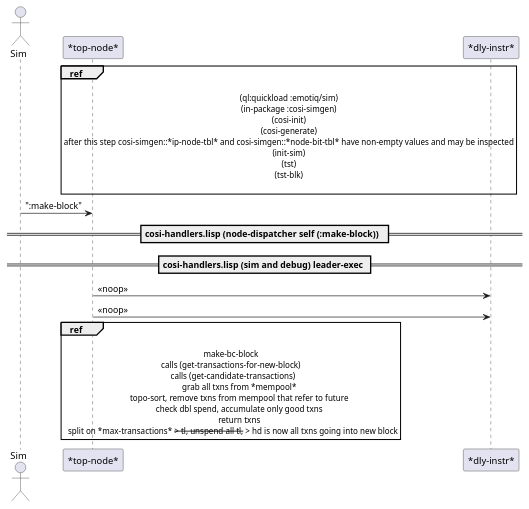
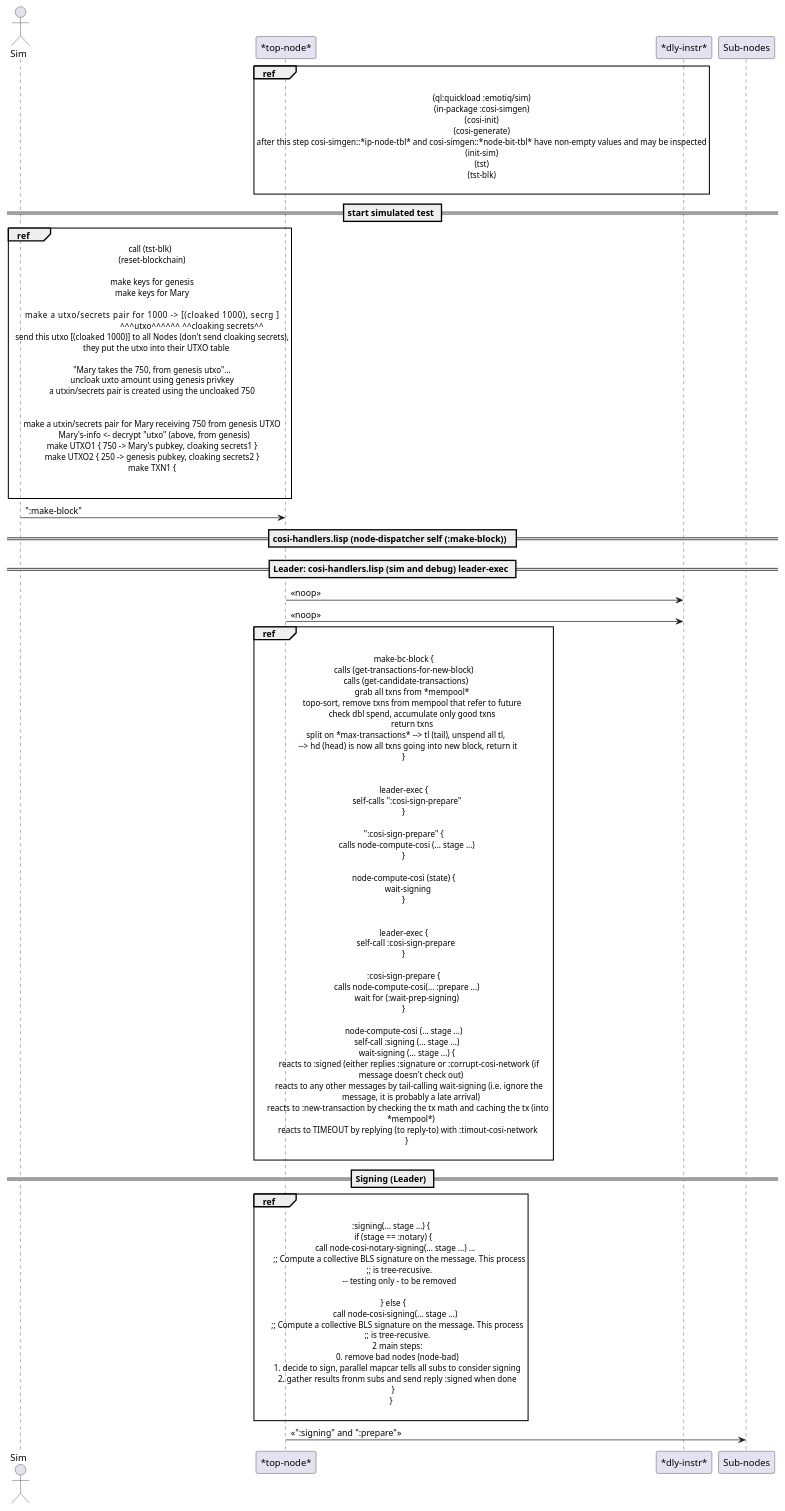
Before and after one commit to emotiq/emotiq: the diagram in src/tst-blk-seq.pu, drawn with PlantUML. The commit also changed other lines of this file and 9 other files, not shown here.

Commit message:
cli working alongside tst-blk

```diff
--- a/src/tst-blk-seq.pu
+++ b/src/tst-blk-seq.pu
@@ -1,35 +1,130 @@
 @startuml
 
 Actor Sim
 
 ref over "*top-node*"
 
 (ql:quickload :emotiq/sim)
 (in-package :cosi-simgen)
 (cosi-init)
 (cosi-generate)
 after this step cosi-simgen::*ip-node-tbl* and cosi-simgen::*node-bit-tbl* have non-empty values and may be inspected
 (init-sim)
 (tst)
 (tst-blk)
 
 end ref
 
+== start simulated test ==
+
+ref over Sim
+  call (tst-blk)
+    (reset-blockchain)
+
+    make keys for genesis
+    make keys for Mary
+    
+    make a utxo/secrets pair for 1000 -> [(cloaked 1000), secrg               ]
+                                          ^^^utxo^^^^^^   ^^cloaking secrets^^
+    send this utxo [(cloaked 1000)] to all Nodes (don't send cloaking secrets),
+        they put the utxo into their UTXO table
+
+    "Mary takes the 750, from genesis utxo"...
+    uncloak uxto amount using genesis privkey
+    a utxin/secrets pair is created using the uncloaked 750
+    
+
+    make a utxin/secrets pair for Mary receiving 750 from genesis UTXO
+      Mary's-info <- decrypt "utxo" (above, from genesis)
+    make UTXO1 { 750 -> Mary's pubkey, cloaking secrets1 }
+    make UTXO2 { 250 -> genesis pubkey, cloaking secrets2 }
+    make TXN1 {
+
+    
+end ref
+
+
 Sim -> "*top-node*" : ":make-block"
 == cosi-handlers.lisp (node-dispatcher self (:make-block))  ==
-== cosi-handlers.lisp (sim and debug) leader-exec ==
+
+== Leader: cosi-handlers.lisp (sim and debug) leader-exec ==
+
 "*top-node*" -> "*dly-instr*" : << noop >>
 "*top-node*" -> "*dly-instr*" : << noop >>
+
 ref over "*top-node*"
 
-make-bc-block
+make-bc-block {
 calls (get-transactions-for-new-block)
   calls (get-candidate-transactions)
         grab all txns from *mempool*
 	topo-sort, remove txns from mempool that refer to future
 	check dbl spend, accumulate only good txns
 	return txns
-  split on *max-transactions* --> tl, unspend all tl, --> hd is now all txns going into new block
+  split on *max-transactions* --> tl (tail), unspend all tl,
+    --> hd (head) is now all txns going into new block, return it
+}
+
+
+leader-exec {
+   self-calls ":cosi-sign-prepare"
+}
+
+":cosi-sign-prepare" {
+   calls node-compute-cosi (... stage ...)
+}
+
+node-compute-cosi (state) {
+    wait-signing
+}
+
+
+leader-exec {
+  self-call :cosi-sign-prepare
+}
+
+:cosi-sign-prepare {
+   calls node-compute-cosi(... :prepare ...)
+   wait for (:wait-prep-signing)
+}
+
+node-compute-cosi (... stage ...)
+   self-call :signing (... stage ...)
+   wait-signing (... stage ...) {
+     reacts to :signed (either replies :signature or :corrupt-cosi-network (if
+       message doesn't check out)
+     reacts to any other messages by tail-calling wait-signing (i.e. ignore the
+       message, it is probably a late arrival)
+     reacts to :new-transaction by checking the tx math and caching the tx (into 
+       *mempool*)
+     reacts to TIMEOUT by replying (to reply-to) with :timout-cosi-network 
+   }
+
 end ref
 
+== Signing (Leader) ==
+
+ref over "*top-node*"
+
+:signing(... stage ...) {
+  if (stage == :notary) {
+    call node-cosi-notary-signing(... stage ...) ...
+        ;; Compute a collective BLS signature on the message. This process
+        ;; is tree-recusive.
+	-- testing only - to be removed
+
+  } else {
+    call node-cosi-signing(... stage ...)
+      ;; Compute a collective BLS signature on the message. This process
+      ;; is tree-recusive.
+      2 main steps:
+      0. remove bad nodes (node-bad)
+      1. decide to sign, parallel mapcar tells all subs to consider signing
+      2. gather results fronm subs and send reply :signed when done
+  }
+}
+
+end ref
+"*top-node*" -> "Sub-nodes" : << ":signing" and ":prepare" >>
+
 @enduml
```
